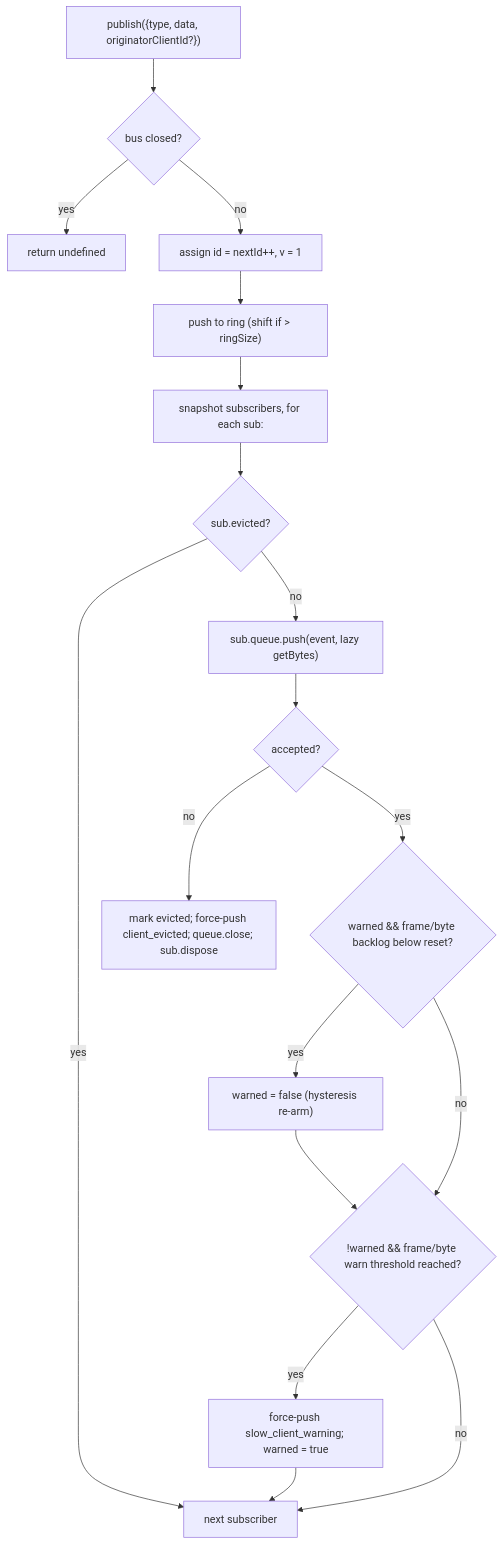
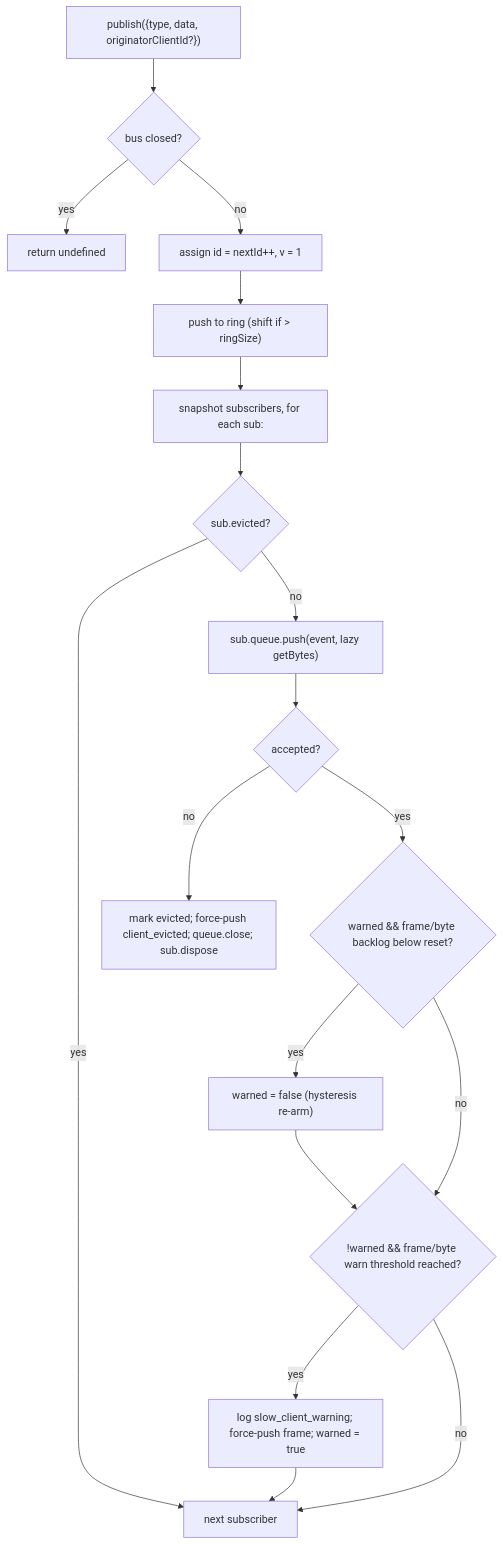
The first of 2 diagrams in docs/developers/daemon/10-event-bus.md (QwenLM/qwen-code), drawn with Mermaid before and after one commit. The commit also changed 2 other files, not shown here.

Commit message:
codex: address PR review feedback (#6314)

````diff
--- a/docs/developers/daemon/10-event-bus.md
+++ b/docs/developers/daemon/10-event-bus.md
@@ -74,20 +74,20 @@
 ```mermaid
 flowchart TD
     P["publish({type, data, originatorClientId?})"] --> C{"bus closed?"}
     C -->|yes| RU["return undefined"]
     C -->|no| AID["assign id = nextId++, v = 1"]
     AID --> PR["push to ring (shift if > ringSize)"]
     PR --> FAN["snapshot subscribers, for each sub:"]
     FAN --> EVCK{"sub.evicted?"}
     EVCK -->|yes| NEXT[next subscriber]
     EVCK -->|no| PUSH["sub.queue.push(event, lazy getBytes)"]
     PUSH --> OK{"accepted?"}
     OK -->|no| EVICT["mark evicted; force-push client_evicted; queue.close; sub.dispose"]
     OK -->|yes| RES{"warned && frame/byte backlog below reset?"}
     RES -->|yes| RA["warned = false (hysteresis re-arm)"]
     RES -->|no| WARN{"!warned && frame/byte warn threshold reached?"}
     RA --> WARN
-    WARN -->|yes| FW["force-push slow_client_warning; warned = true"]
+    WARN -->|yes| FW["log slow_client_warning; force-push frame; warned = true"]
     WARN -->|no| NEXT
     FW --> NEXT
 ```
````
